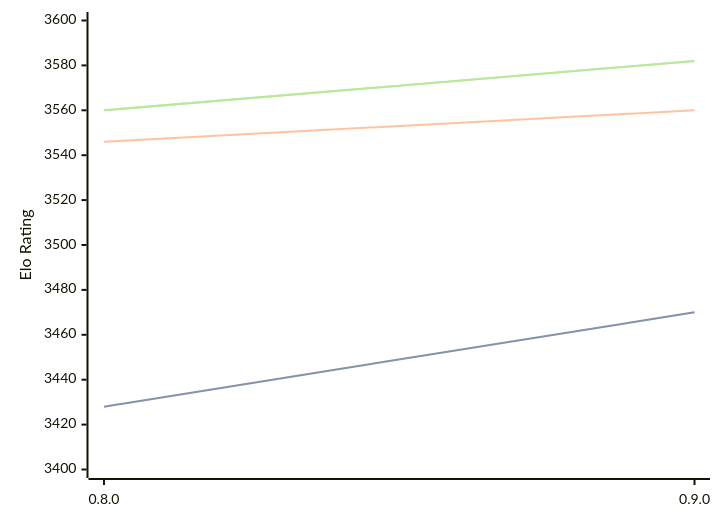
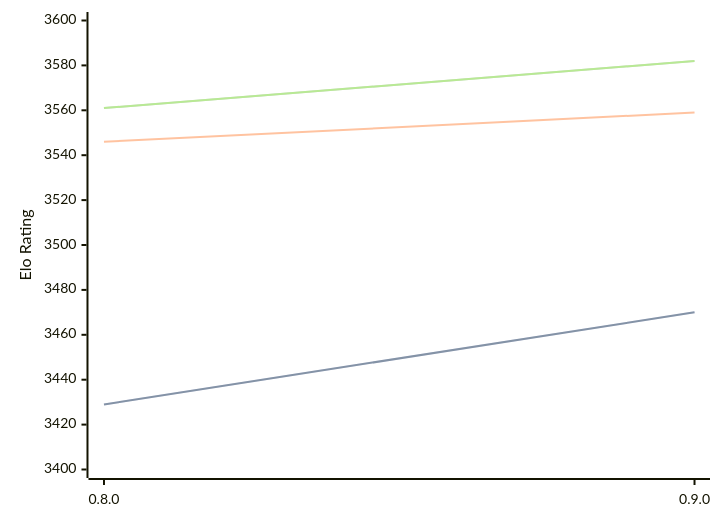
Before and after one commit to computer-chess-index/cci: the diagram in engines/Reckless.md, drawn with Mermaid. The commit also changed other lines of this file, not shown here.

Commit message:
Update CCI Ratings (ELO VLTC) - 2026-07-20

````diff
--- a/engines/Reckless.md
+++ b/engines/Reckless.md
@@ -39,11 +39,11 @@
 ```mermaid
 %%{init: {"theme":"base","themeVariables":{"seriesColors:['#a3a3a3','#222221','#faa371']}}}%%
 xychart-beta
   x-axis ["0.8.0", "0.9.0"]
   y-axis "Elo Rating" 3400 --> 3600
-  line "STC (8.0+0.08s)" [3428, 3470]
-  line "STC (8.0+0.08s)" [3428, 3470]
-  line "LTC (60.0+0.60s)" [3546, 3560]
-  line "VLTC (2m24s+1.12s)" [3560, 3582]
-  line "VLTC (2m24s+1.12s)" [3560, 3582]
+  line "STC (8.0+0.08s)" [3429, 3470]
+  line "STC (8.0+0.08s)" [3429, 3470]
+  line "LTC (60.0+0.60s)" [3546, 3559]
+  line "VLTC (2m24s+1.12s)" [3561, 3582]
+  line "VLTC (2m24s+1.12s)" [3561, 3582]
 ```
````
